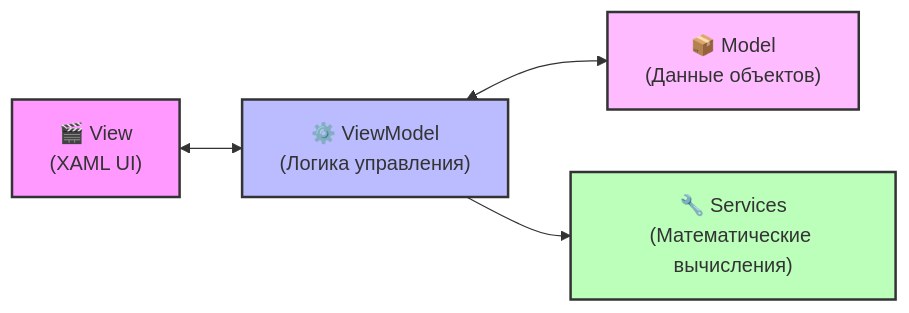
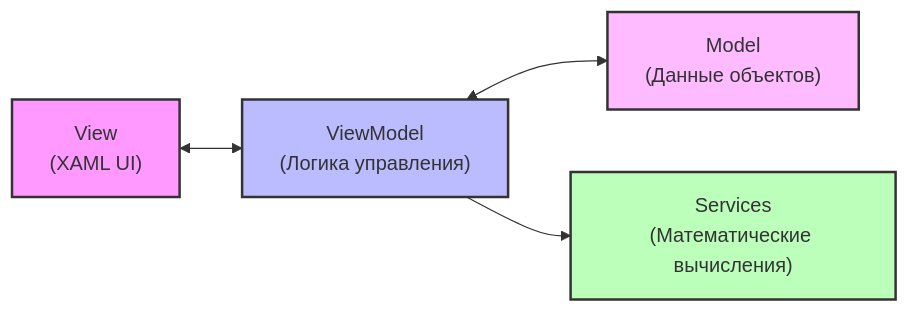
The diagram in README.md (mxrtynov/MulticriterialApp), drawn with Mermaid before and after one commit. The commit also changed other lines of this file, not shown here.

````diff
--- a/README.md
+++ b/README.md
@@ -46,11 +38,11 @@
 ```mermaid
 graph LR
-    View["🎬 View<br>(XAML UI)"] <--> ViewModel["⚙️ ViewModel<br>(Логика управления)"]
-    ViewModel <--> Model["📦 Model<br>(Данные объектов)"]
-    ViewModel --> Services["🔧 Services<br>(Математические вычисления)"]
+    View["View<br>(XAML UI)"] <--> ViewModel["ViewModel<br>(Логика управления)"]
+    ViewModel <--> Model["Model<br>(Данные объектов)"]
+    ViewModel --> Services["Services<br>(Математические вычисления)"]
 
     style View fill:#f9f,stroke:#333,stroke-width:2px
     style ViewModel fill:#bbf,stroke:#333,stroke-width:2px
     style Model fill:#fbf,stroke:#333,stroke-width:2px
     style Services fill:#bfb,stroke:#333,stroke-width:2px
 ```
````
